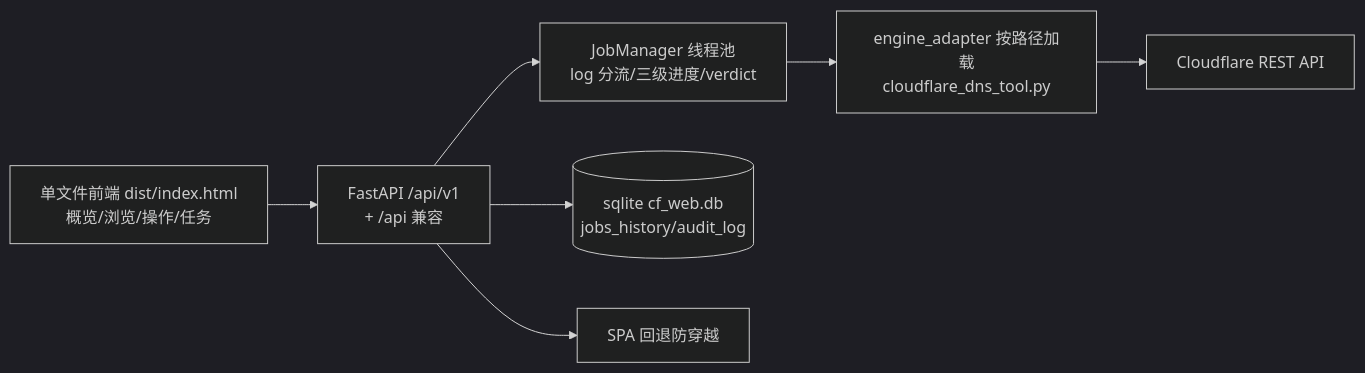
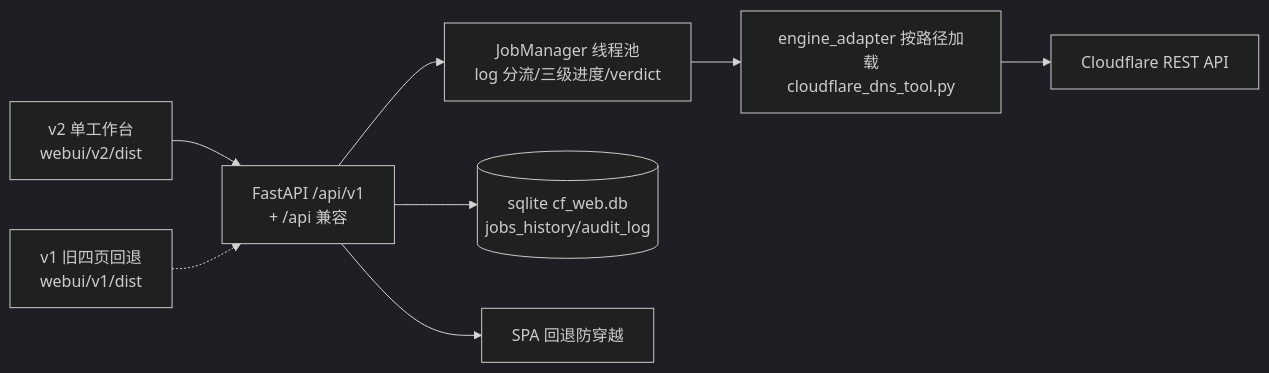
The first of 2 diagrams in wp/woocommerce/woo_df/pys/cf_api/webui/README.md (xuchaoxin1375/scripts), drawn with Mermaid (dark theme) before and after one commit. The commit also changed other lines of this file and 43 other files, not shown here.

````diff
--- a/wp/woocommerce/woo_df/pys/cf_api/webui/README.md
+++ b/wp/woocommerce/woo_df/pys/cf_api/webui/README.md
@@ -45,9 +47,10 @@
 ```mermaid
 flowchart LR
-    UI[单文件前端 dist/index.html<br>概览/浏览/操作/任务] --> API[FastAPI /api/v1<br>+ /api 兼容]
+    UI[v2 单工作台<br>webui/v2/dist] --> API[FastAPI /api/v1<br>+ /api 兼容]
+    V1[v1 旧四页回退<br>webui/v1/dist] -.-> API
     API --> MGR[JobManager 线程池<br>log 分流/三级进度/verdict]
     MGR --> ENG[engine_adapter 按路径加载<br>cloudflare_dns_tool.py]
     ENG --> CF[Cloudflare REST API]
     API --> DB[(sqlite cf_web.db<br>jobs_history/audit_log)]
     API --> SPA[SPA 回退防穿越]
 ```
````
